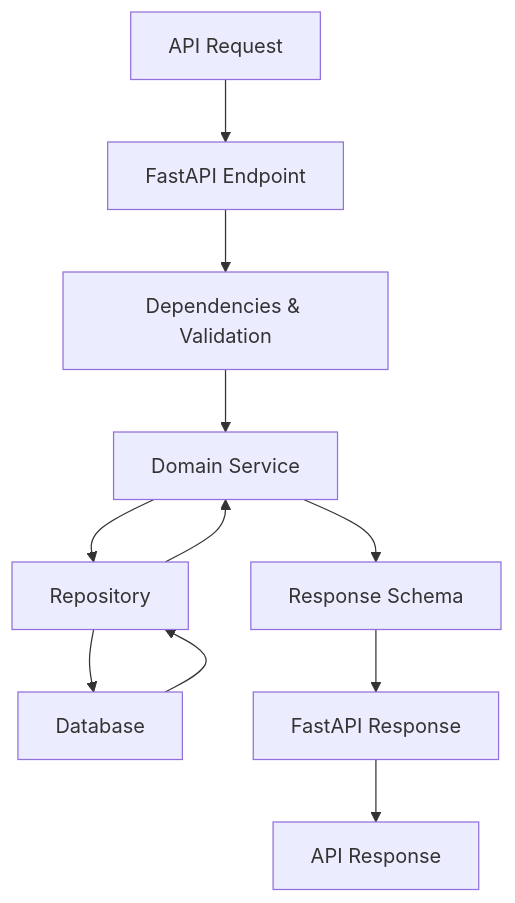
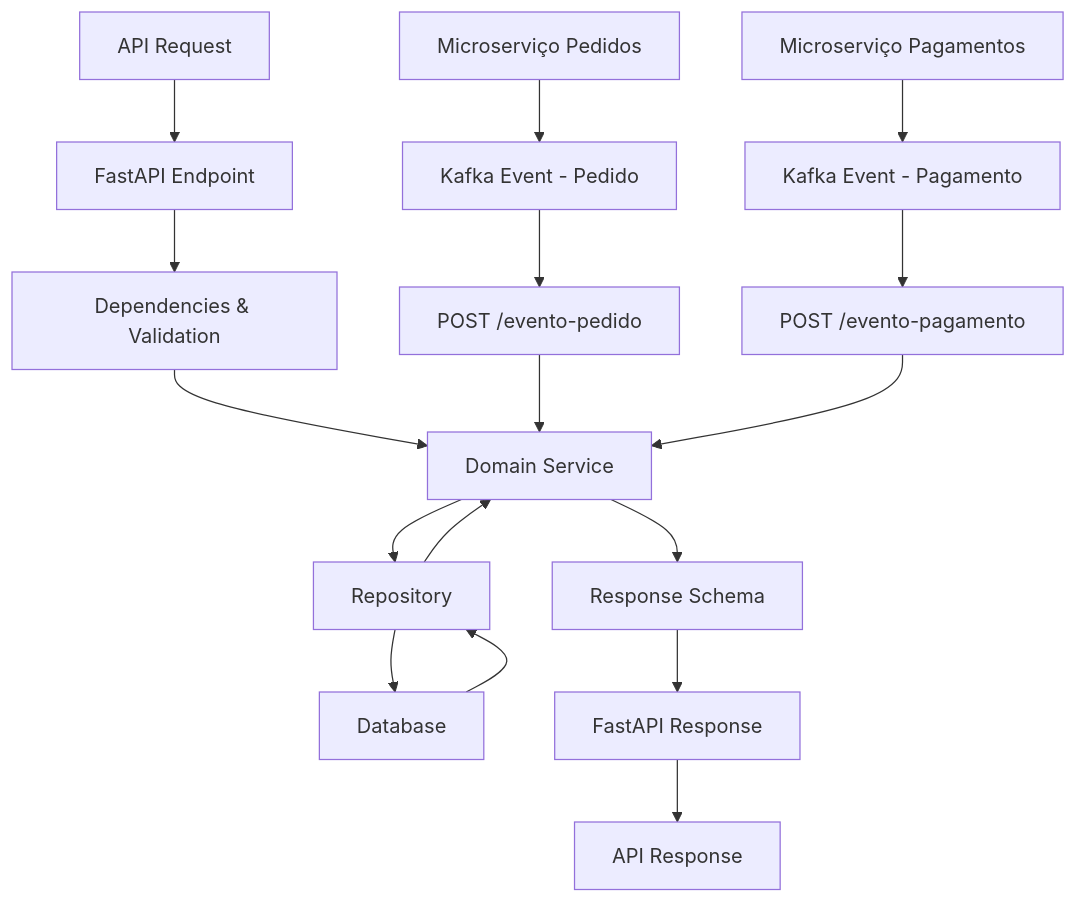
The diagram in documentation/ARCHITECTURE.md (ju-c-lopes/microservico-acompanhamento), drawn with Mermaid before and after one commit. The commit also changed other lines of this file and 21 other files, not shown here.

````diff
--- a/documentation/ARCHITECTURE.md
+++ b/documentation/ARCHITECTURE.md
@@ -83,13 +89,23 @@
 ```mermaid
 graph TB
     A[API Request] --> B[FastAPI Endpoint]
     B --> C[Dependencies & Validation]
     C --> D[Domain Service]
     D --> E[Repository]
     E --> F[Database]
     F --> E
     E --> D
     D --> G[Response Schema]
     G --> H[FastAPI Response]
     H --> I[API Response]
+
+    %% Fluxo de Eventos Kafka ✅ NOVO
+    J[Kafka Event - Pedido] --> K[POST /evento-pedido]
+    K --> D
+    L[Kafka Event - Pagamento] --> M[POST /evento-pagamento]
+    M --> D
+
+    %% Integração entre Microserviços ✅ NOVO
+    N[Microserviço Pedidos] --> J
+    O[Microserviço Pagamentos] --> L
 ```
````
